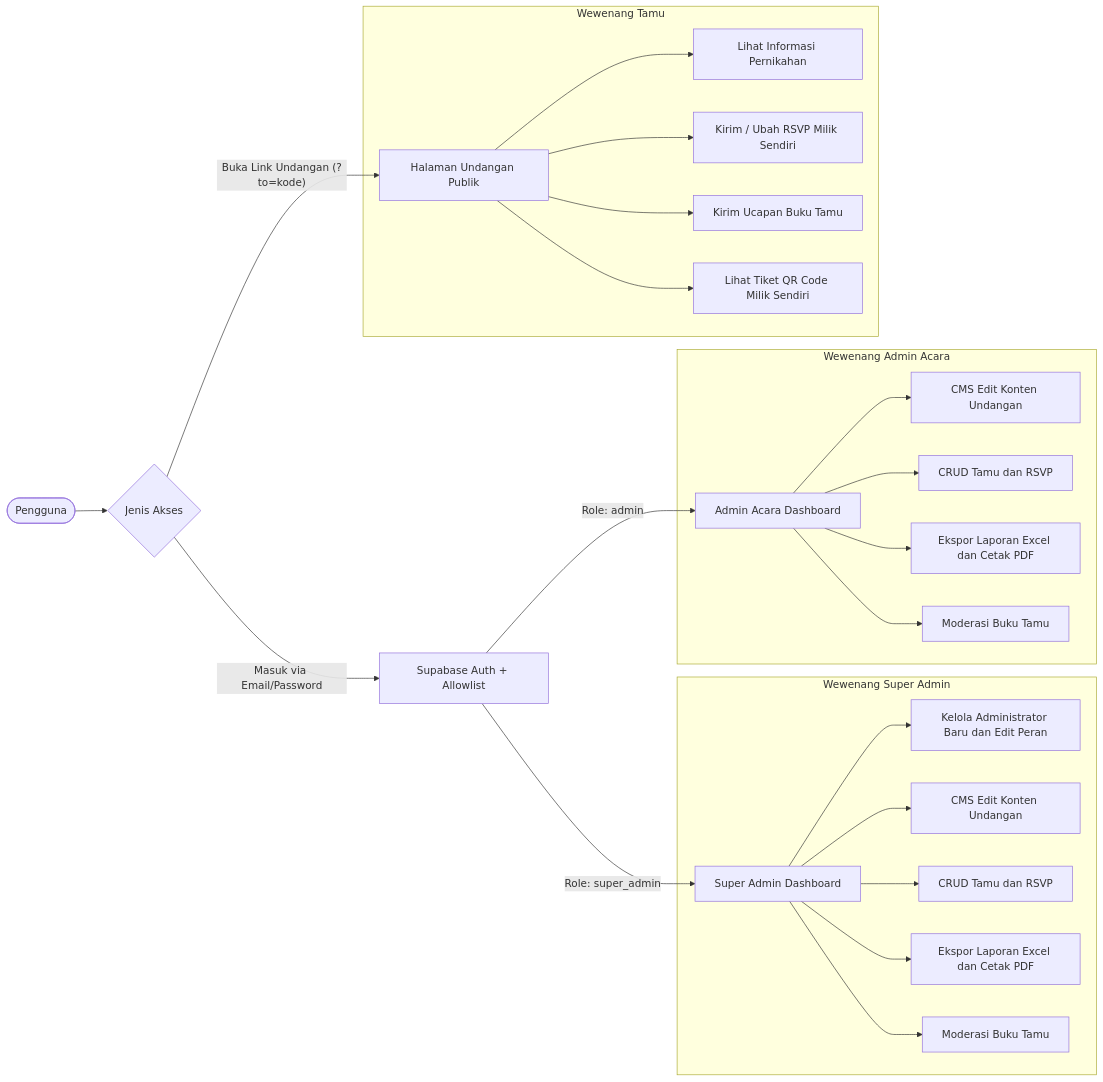
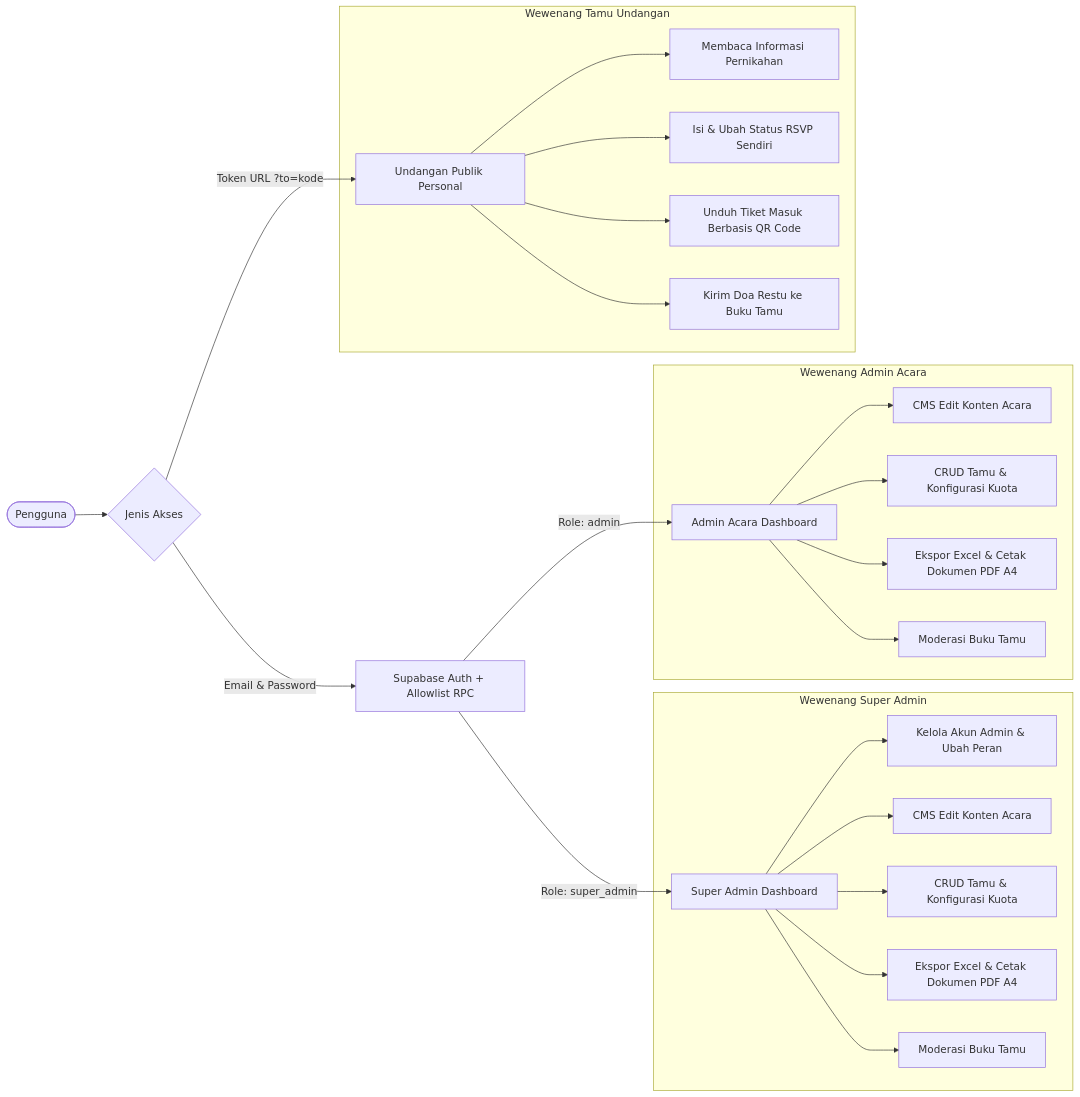
Before and after one commit to fortin0o/Digital_Invitation: the second of 3 diagrams in README.md, drawn with Mermaid. The commit also changed other lines of this file and 7 other files, not shown here.

````diff
--- a/README.md
+++ b/README.md
@@ -138,32 +185,32 @@
 ```mermaid
 flowchart LR
     User([Pengguna]) --> Login{Jenis Akses}
     
-    Login -- Masuk via Email/Password --> AuthCheck[Supabase Auth + Allowlist]
+    Login -- Email & Password --> AuthCheck[Supabase Auth + Allowlist RPC]
     AuthCheck -- Role: super_admin --> SuperAdminRole[Super Admin Dashboard]
     AuthCheck -- Role: admin --> AdminRole[Admin Acara Dashboard]
     
-    Login -- Buka Link Undangan (?to=kode) --> GuestAccess[Halaman Undangan Publik]
+    Login -- Token URL ?to=kode --> GuestAccess[Undangan Publik Personal]
     
     subgraph Hak_SuperAdmin["Wewenang Super Admin"]
-        SuperAdminRole --> SA1[Kelola Administrator Baru dan Edit Peran]
-        SuperAdminRole --> SA2[CMS Edit Konten Undangan]
-        SuperAdminRole --> SA3[CRUD Tamu dan RSVP]
-        SuperAdminRole --> SA4[Ekspor Laporan Excel dan Cetak PDF]
+        SuperAdminRole --> SA1[Kelola Akun Admin & Ubah Peran]
+        SuperAdminRole --> SA2[CMS Edit Konten Acara]
+        SuperAdminRole --> SA3[CRUD Tamu & Konfigurasi Kuota]
+        SuperAdminRole --> SA4[Ekspor Excel & Cetak Dokumen PDF A4]
         SuperAdminRole --> SA5[Moderasi Buku Tamu]
     end
 
     subgraph Hak_Admin["Wewenang Admin Acara"]
-        AdminRole --> A1[CMS Edit Konten Undangan]
-        AdminRole --> A2[CRUD Tamu dan RSVP]
-        AdminRole --> A3[Ekspor Laporan Excel dan Cetak PDF]
+        AdminRole --> A1[CMS Edit Konten Acara]
+        AdminRole --> A2[CRUD Tamu & Konfigurasi Kuota]
+        AdminRole --> A3[Ekspor Excel & Cetak Dokumen PDF A4]
         AdminRole --> A4[Moderasi Buku Tamu]
     end
 
-    subgraph Hak_Guest["Wewenang Tamu"]
-        GuestAccess --> G1[Lihat Informasi Pernikahan]
-        GuestAccess --> G2[Kirim / Ubah RSVP Milik Sendiri]
-        GuestAccess --> G3[Kirim Ucapan Buku Tamu]
-        GuestAccess --> G4[Lihat Tiket QR Code Milik Sendiri]
+    subgraph Hak_Guest["Wewenang Tamu Undangan"]
+        GuestAccess --> G1[Membaca Informasi Pernikahan]
+        GuestAccess --> G2[Isi & Ubah Status RSVP Sendiri]
+        GuestAccess --> G3[Unduh Tiket Masuk Berbasis QR Code]
+        GuestAccess --> G4[Kirim Doa Restu ke Buku Tamu]
     end
 ```
````
